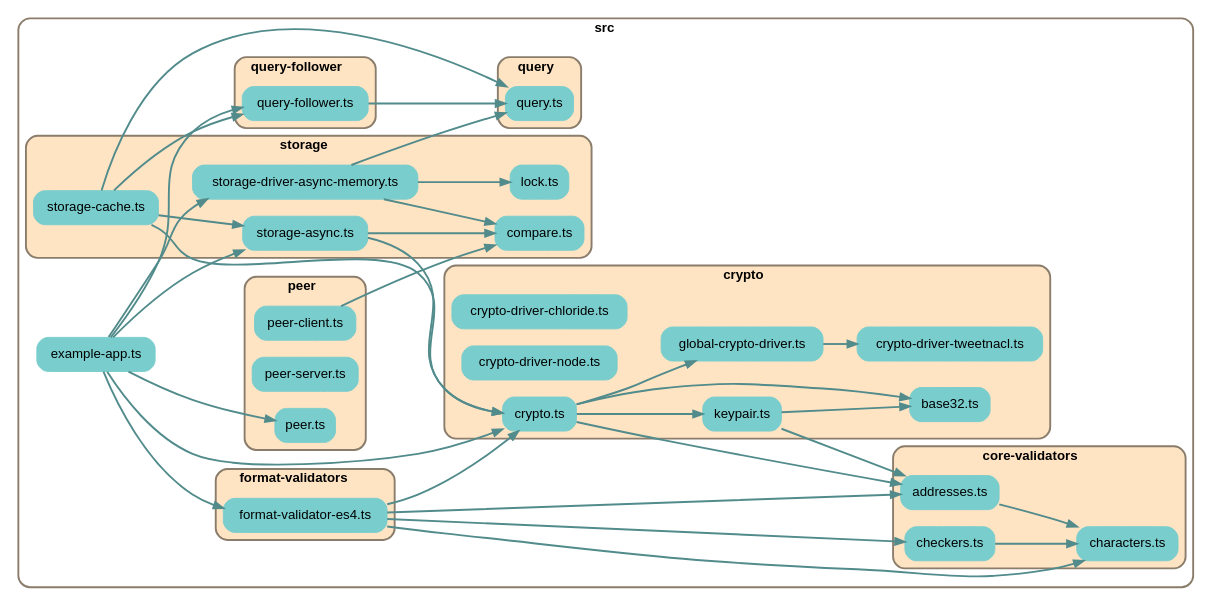
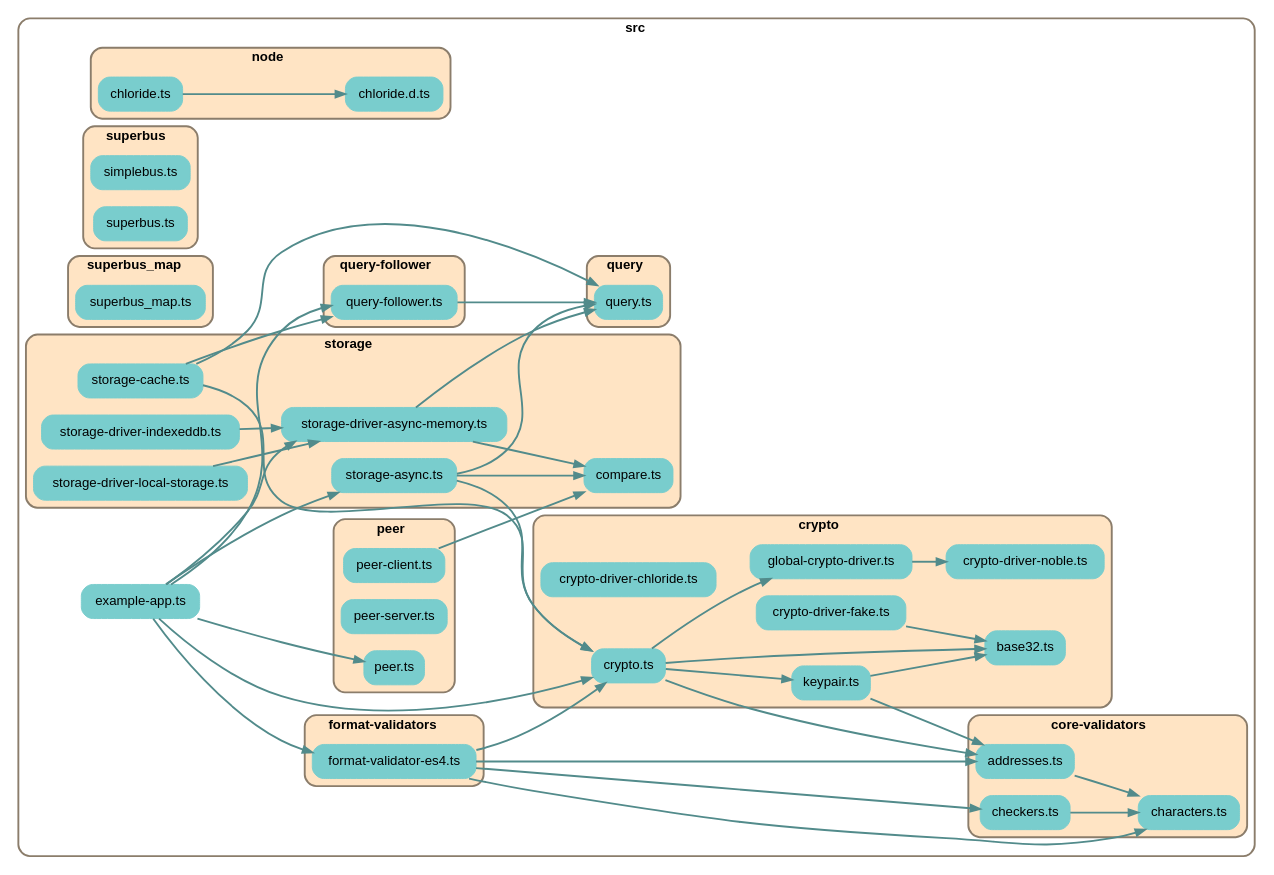
One commit to earthstar-project/earthstar changed the diagram in depchart/depchart-no-types.dot. Above: the diagram before and after it, drawn with Graphviz. The commit also changed 13 other files, not shown here.

Commit message:
Update dependency charts

```diff
--- a/depchart/depchart-no-types.dot
+++ b/depchart/depchart-no-types.dot
@@ -1,140 +1,176 @@
 
 digraph G {
     //splines=line;
     //splines=polyline;
     splines=true;
     rankdir=LR;
     //newrank=true;
     compound=true;
     graph [fontname = "helvetica"];  // dpi=72
     node [fontname = "helvetica"];
     edge [fontname = "helvetica"];
     
     // files in their folder clusters
 
-    subgraph cluster1725579392 {
+    subgraph cluster4502094404 {
         label=<<b>src</b>>;
         style="rounded";
         color=bisque4;
         penwidth=2;
                     
         "src/example-app.ts" [label="example-app.ts", shape=rectangle; style="rounded,filled"; color=darkslategray3];
 
-        subgraph cluster2065035373 {
+        subgraph cluster1715079597 {
             label=<<b>core-validators</b>>;
             style="rounded,filled";
             fillcolor=bisque;
             color=bisque4;
             penwidth=2;
                     
             "src/core-validators/addresses.ts" [label="addresses.ts", shape=rectangle; style="rounded,filled"; color=darkslategray3];
             "src/core-validators/characters.ts" [label="characters.ts", shape=rectangle; style="rounded,filled"; color=darkslategray3];
             "src/core-validators/checkers.ts" [label="checkers.ts", shape=rectangle; style="rounded,filled"; color=darkslategray3];
         }
 
-        subgraph cluster6198570161 {
+        subgraph cluster2209333628 {
             label=<<b>crypto</b>>;
             style="rounded,filled";
             fillcolor=bisque;
             color=bisque4;
             penwidth=2;
                     
             "src/crypto/base32.ts" [label="base32.ts", shape=rectangle; style="rounded,filled"; color=darkslategray3];
             "src/crypto/crypto-driver-chloride.ts" [label="crypto-driver-chloride.ts", shape=rectangle; style="rounded,filled"; color=darkslategray3];
-            "src/crypto/crypto-driver-node.ts" [label="crypto-driver-node.ts", shape=rectangle; style="rounded,filled"; color=darkslategray3];
-            "src/crypto/crypto-driver-tweetnacl.ts" [label="crypto-driver-tweetnacl.ts", shape=rectangle; style="rounded,filled"; color=darkslategray3];
+            "src/crypto/crypto-driver-fake.ts" [label="crypto-driver-fake.ts", shape=rectangle; style="rounded,filled"; color=darkslategray3];
+            "src/crypto/crypto-driver-noble.ts" [label="crypto-driver-noble.ts", shape=rectangle; style="rounded,filled"; color=darkslategray3];
             "src/crypto/crypto.ts" [label="crypto.ts", shape=rectangle; style="rounded,filled"; color=darkslategray3];
             "src/crypto/global-crypto-driver.ts" [label="global-crypto-driver.ts", shape=rectangle; style="rounded,filled"; color=darkslategray3];
             "src/crypto/keypair.ts" [label="keypair.ts", shape=rectangle; style="rounded,filled"; color=darkslategray3];
         }
 
-        subgraph cluster3750058162 {
+        subgraph cluster8623678458 {
             label=<<b>format-validators</b>>;
             style="rounded,filled";
             fillcolor=bisque;
             color=bisque4;
             penwidth=2;
                     
             "src/format-validators/format-validator-es4.ts" [label="format-validator-es4.ts", shape=rectangle; style="rounded,filled"; color=darkslategray3];
         }
 
-        subgraph cluster4968708164 {
+        subgraph cluster4594799959 {
+            label=<<b>node</b>>;
+            style="rounded,filled";
+            fillcolor=bisque;
+            color=bisque4;
+            penwidth=2;
+                    
+            "src/node/chloride.d.ts" [label="chloride.d.ts", shape=rectangle; style="rounded,filled"; color=darkslategray3];
+            "src/node/chloride.ts" [label="chloride.ts", shape=rectangle; style="rounded,filled"; color=darkslategray3];
+        }
+
+        subgraph cluster1250985308 {
             label=<<b>peer</b>>;
             style="rounded,filled";
             fillcolor=bisque;
             color=bisque4;
             penwidth=2;
                     
             "src/peer/peer-client.ts" [label="peer-client.ts", shape=rectangle; style="rounded,filled"; color=darkslategray3];
             "src/peer/peer-server.ts" [label="peer-server.ts", shape=rectangle; style="rounded,filled"; color=darkslategray3];
             "src/peer/peer.ts" [label="peer.ts", shape=rectangle; style="rounded,filled"; color=darkslategray3];
         }
 
-        subgraph cluster9896616796 {
+        subgraph cluster5237210782 {
             label=<<b>query-follower</b>>;
             style="rounded,filled";
             fillcolor=bisque;
             color=bisque4;
             penwidth=2;
                     
             "src/query-follower/query-follower.ts" [label="query-follower.ts", shape=rectangle; style="rounded,filled"; color=darkslategray3];
         }
 
-        subgraph cluster5110560658 {
+        subgraph cluster8569878923 {
             label=<<b>query</b>>;
             style="rounded,filled";
             fillcolor=bisque;
             color=bisque4;
             penwidth=2;
                     
             "src/query/query.ts" [label="query.ts", shape=rectangle; style="rounded,filled"; color=darkslategray3];
         }
 
-        subgraph cluster5492705045 {
+        subgraph cluster2163770692 {
             label=<<b>storage</b>>;
             style="rounded,filled";
             fillcolor=bisque;
             color=bisque4;
             penwidth=2;
                     
             "src/storage/compare.ts" [label="compare.ts", shape=rectangle; style="rounded,filled"; color=darkslategray3];
-            "src/storage/lock.ts" [label="lock.ts", shape=rectangle; style="rounded,filled"; color=darkslategray3];
             "src/storage/storage-async.ts" [label="storage-async.ts", shape=rectangle; style="rounded,filled"; color=darkslategray3];
             "src/storage/storage-cache.ts" [label="storage-cache.ts", shape=rectangle; style="rounded,filled"; color=darkslategray3];
             "src/storage/storage-driver-async-memory.ts" [label="storage-driver-async-memory.ts", shape=rectangle; style="rounded,filled"; color=darkslategray3];
+            "src/storage/storage-driver-indexeddb.ts" [label="storage-driver-indexeddb.ts", shape=rectangle; style="rounded,filled"; color=darkslategray3];
+            "src/storage/storage-driver-local-storage.ts" [label="storage-driver-local-storage.ts", shape=rectangle; style="rounded,filled"; color=darkslategray3];
+        }
+
+        subgraph cluster1071581800 {
+            label=<<b>superbus</b>>;
+            style="rounded,filled";
+            fillcolor=bisque;
+            color=bisque4;
+            penwidth=2;
+                    
+            "src/superbus/simplebus.ts" [label="simplebus.ts", shape=rectangle; style="rounded,filled"; color=darkslategray3];
+            "src/superbus/superbus.ts" [label="superbus.ts", shape=rectangle; style="rounded,filled"; color=darkslategray3];
+        }
+
+        subgraph cluster5118522266 {
+            label=<<b>superbus_map</b>>;
+            style="rounded,filled";
+            fillcolor=bisque;
+            color=bisque4;
+            penwidth=2;
+                    
+            "src/superbus_map/superbus_map.ts" [label="superbus_map.ts", shape=rectangle; style="rounded,filled"; color=darkslategray3];
         }
     }
 
     // edges between files
     "src/core-validators/addresses.ts" -> "src/core-validators/characters.ts" [penwidth=2; color=darkslategray4];
     "src/core-validators/checkers.ts" -> "src/core-validators/characters.ts" [penwidth=2; color=darkslategray4];
+    "src/crypto/crypto-driver-fake.ts" -> "src/crypto/base32.ts" [penwidth=2; color=darkslategray4];
     "src/crypto/crypto.ts" -> "src/crypto/base32.ts" [penwidth=2; color=darkslategray4];
     "src/crypto/crypto.ts" -> "src/crypto/keypair.ts" [penwidth=2; color=darkslategray4];
     "src/crypto/crypto.ts" -> "src/core-validators/addresses.ts" [penwidth=2; color=darkslategray4];
     "src/crypto/crypto.ts" -> "src/crypto/global-crypto-driver.ts" [penwidth=2; color=darkslategray4];
-    "src/crypto/global-crypto-driver.ts" -> "src/crypto/crypto-driver-tweetnacl.ts" [penwidth=2; color=darkslategray4];
+    "src/crypto/global-crypto-driver.ts" -> "src/crypto/crypto-driver-noble.ts" [penwidth=2; color=darkslategray4];
     "src/crypto/keypair.ts" -> "src/crypto/base32.ts" [penwidth=2; color=darkslategray4];
     "src/crypto/keypair.ts" -> "src/core-validators/addresses.ts" [penwidth=2; color=darkslategray4];
     "src/example-app.ts" -> "src/format-validators/format-validator-es4.ts" [penwidth=2; color=darkslategray4];
     "src/example-app.ts" -> "src/storage/storage-driver-async-memory.ts" [penwidth=2; color=darkslategray4];
     "src/example-app.ts" -> "src/storage/storage-async.ts" [penwidth=2; color=darkslategray4];
     "src/example-app.ts" -> "src/crypto/crypto.ts" [penwidth=2; color=darkslategray4];
     "src/example-app.ts" -> "src/query-follower/query-follower.ts" [penwidth=2; color=darkslategray4];
     "src/example-app.ts" -> "src/peer/peer.ts" [penwidth=2; color=darkslategray4];
     "src/format-validators/format-validator-es4.ts" -> "src/crypto/crypto.ts" [penwidth=2; color=darkslategray4];
     "src/format-validators/format-validator-es4.ts" -> "src/core-validators/characters.ts" [penwidth=2; color=darkslategray4];
     "src/format-validators/format-validator-es4.ts" -> "src/core-validators/checkers.ts" [penwidth=2; color=darkslategray4];
     "src/format-validators/format-validator-es4.ts" -> "src/core-validators/addresses.ts" [penwidth=2; color=darkslategray4];
+    "src/node/chloride.ts" -> "src/node/chloride.d.ts" [penwidth=2; color=darkslategray4];
     "src/peer/peer-client.ts" -> "src/storage/compare.ts" [penwidth=2; color=darkslategray4];
     "src/query-follower/query-follower.ts" -> "src/query/query.ts" [penwidth=2; color=darkslategray4];
     "src/storage/storage-async.ts" -> "src/storage/compare.ts" [penwidth=2; color=darkslategray4];
     "src/storage/storage-async.ts" -> "src/crypto/crypto.ts" [penwidth=2; color=darkslategray4];
+    "src/storage/storage-async.ts" -> "src/query/query.ts" [penwidth=2; color=darkslategray4];
     "src/storage/storage-cache.ts" -> "src/query/query.ts" [penwidth=2; color=darkslategray4];
     "src/storage/storage-cache.ts" -> "src/query-follower/query-follower.ts" [penwidth=2; color=darkslategray4];
-    "src/storage/storage-cache.ts" -> "src/storage/storage-async.ts" [penwidth=2; color=darkslategray4];
     "src/storage/storage-cache.ts" -> "src/crypto/crypto.ts" [penwidth=2; color=darkslategray4];
     "src/storage/storage-driver-async-memory.ts" -> "src/storage/compare.ts" [penwidth=2; color=darkslategray4];
     "src/storage/storage-driver-async-memory.ts" -> "src/query/query.ts" [penwidth=2; color=darkslategray4];
-    "src/storage/storage-driver-async-memory.ts" -> "src/storage/lock.ts" [penwidth=2; color=darkslategray4];
+    "src/storage/storage-driver-indexeddb.ts" -> "src/storage/storage-driver-async-memory.ts" [penwidth=2; color=darkslategray4];
+    "src/storage/storage-driver-local-storage.ts" -> "src/storage/storage-driver-async-memory.ts" [penwidth=2; color=darkslategray4];
 
 }
```
